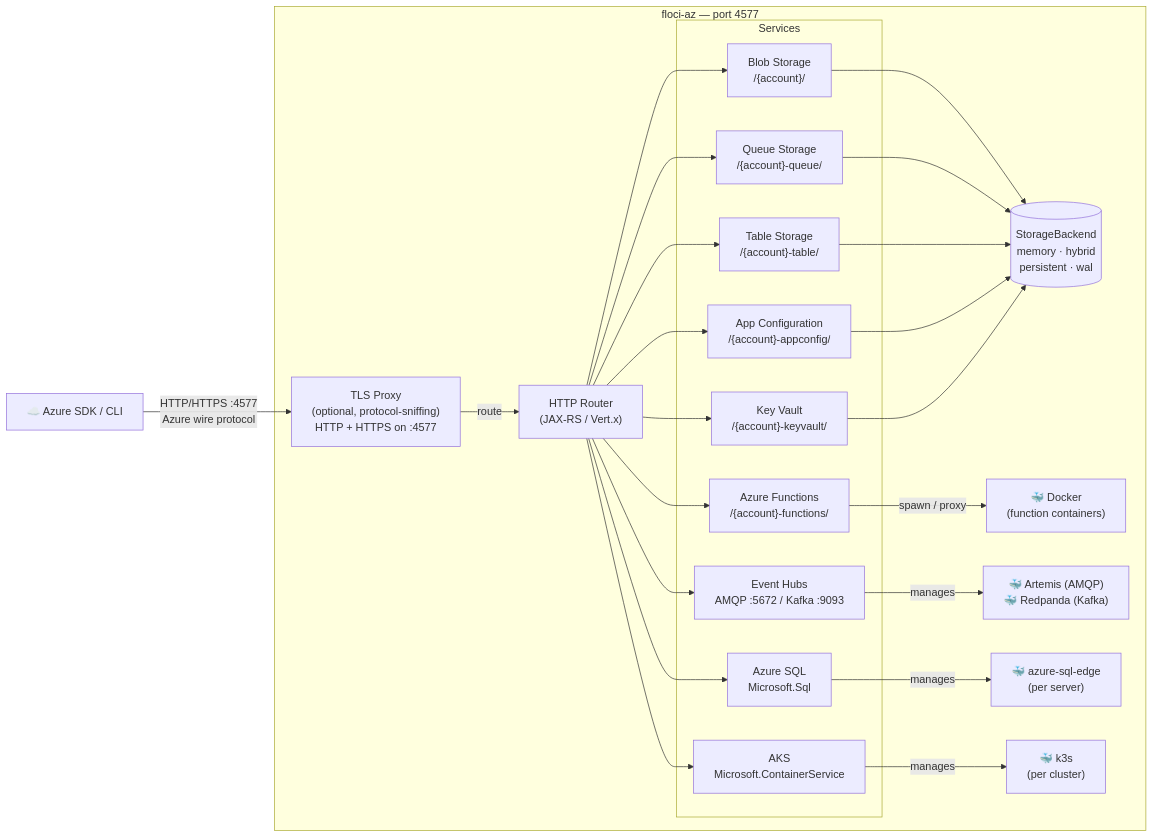
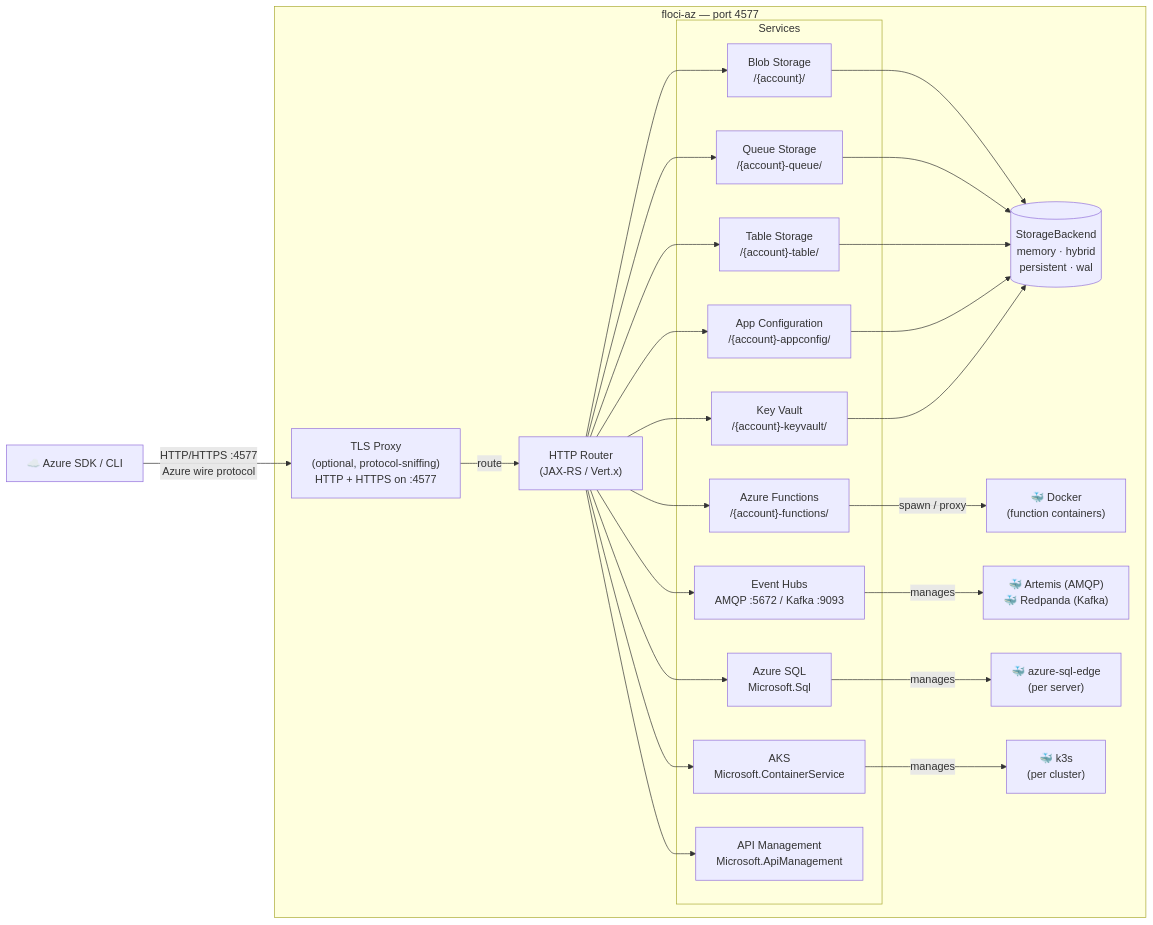
Before and after one commit to floci-io/floci-az: the diagram in README.md, drawn with Mermaid. The commit also changed other lines of this file and 2 other files, not shown here.

````diff
--- a/README.md
+++ b/README.md
@@ -158,39 +159,41 @@
 ```mermaid
 flowchart LR
     Client["☁️ Azure SDK / CLI"]
 
     subgraph floci-az ["floci-az — port 4577"]
         Proxy["TLS Proxy\n(optional, protocol-sniffing)\nHTTP + HTTPS on :4577"]
         Router["HTTP Router\n(JAX-RS / Vert.x)"]
 
         subgraph Services ["Services"]
             A["Blob Storage\n/{account}/"]
             B["Queue Storage\n/{account}-queue/"]
             C["Table Storage\n/{account}-table/"]
             D["Azure Functions\n/{account}-functions/"]
             E["App Configuration\n/{account}-appconfig/"]
             F["Key Vault\n/{account}-keyvault/"]
             G["Event Hubs\nAMQP :5672 / Kafka :9093"]
             H["Azure SQL\nMicrosoft.Sql"]
             I["AKS\nMicrosoft.ContainerService"]
+            J["API Management\nMicrosoft.ApiManagement"]
         end
 
         Proxy -->|" route "| Router
         Router --> A
         Router --> B
         Router --> C
         Router --> D
         Router --> E
         Router --> F
         Router --> G
         Router --> H
         Router --> I
+        Router --> J
         A & B & C & E & F --> Store[("StorageBackend\nmemory · hybrid\npersistent · wal")]
         D -->|" spawn / proxy "| Docker["🐳 Docker\n(function containers)"]
         G -->|" manages "| Sidecars["🐳 Artemis (AMQP)\n🐳 Redpanda (Kafka)"]
         H -->|" manages "| SqlContainers["🐳 azure-sql-edge\n(per server)"]
         I -->|" manages "| K3s["🐳 k3s\n(per cluster)"]
     end
 
     Client -->|" HTTP/HTTPS :4577\nAzure wire protocol "| Proxy
 ```
````
